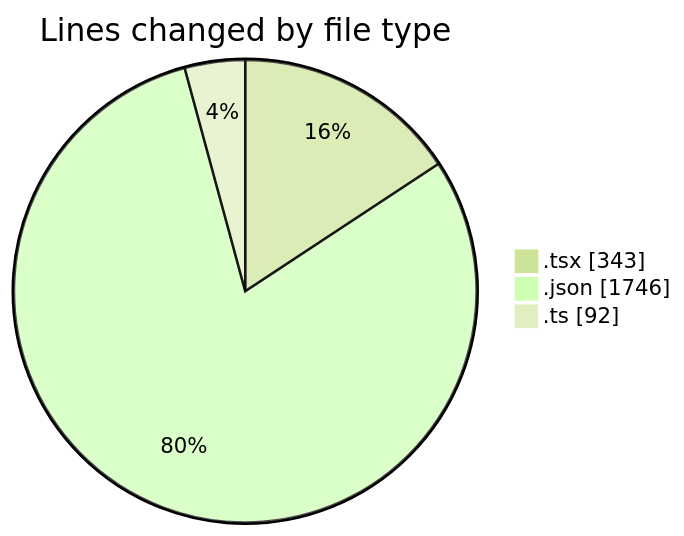
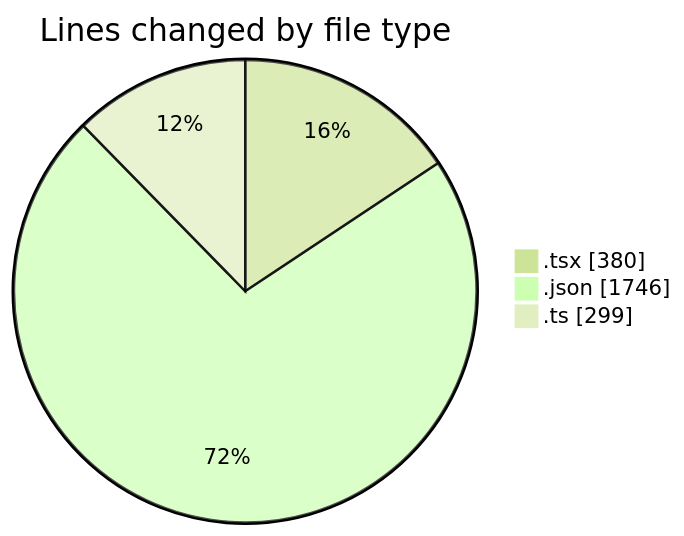
The first of 2 diagrams in 2025-10-30/eventscop-frontend-guide__workspace_/README.md (julien-gomy/code-tracking), drawn with Mermaid (forest theme) before and after one commit. The commit also changed other lines of this file and 1 other file, not shown here.

````diff
--- a/2025-10-30/eventscop-frontend-guide__workspace_/README.md
+++ b/2025-10-30/eventscop-frontend-guide__workspace_/README.md
@@ -26,7 +28,7 @@
 ```mermaid
 pie showData
 title Lines changed by file type
-".tsx" : 343
+".tsx" : 380
 ".json" : 1746
-".ts" : 92
+".ts" : 299
 ```
````
